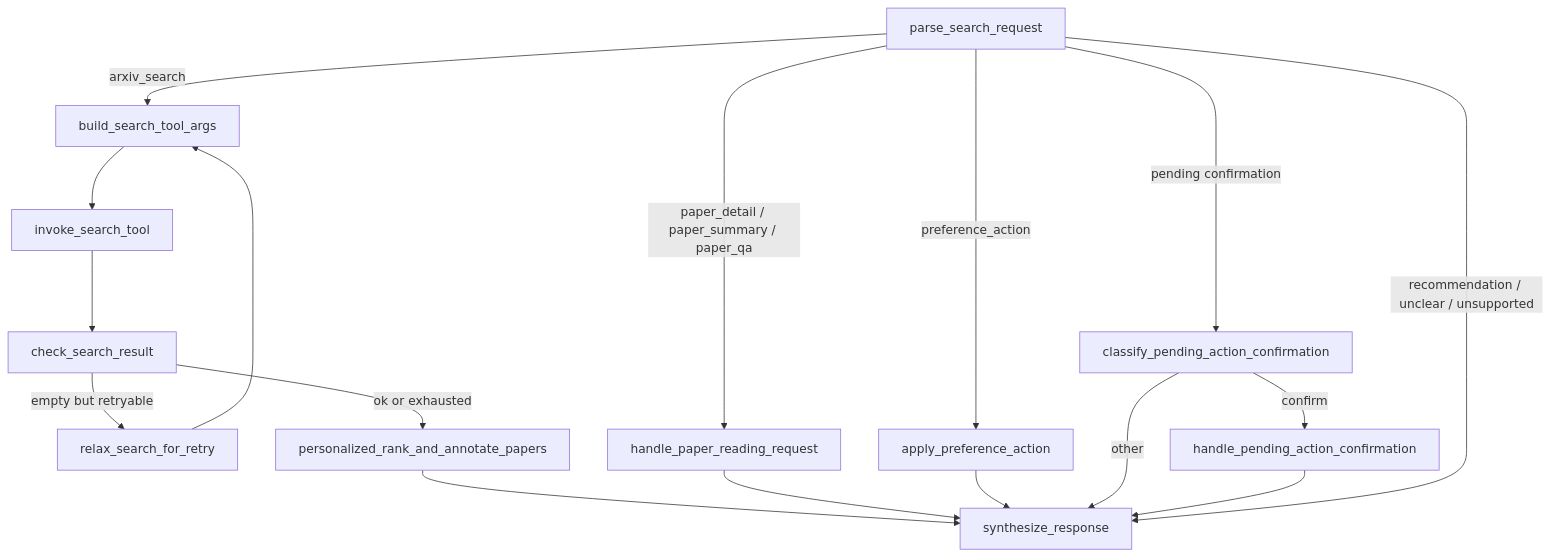
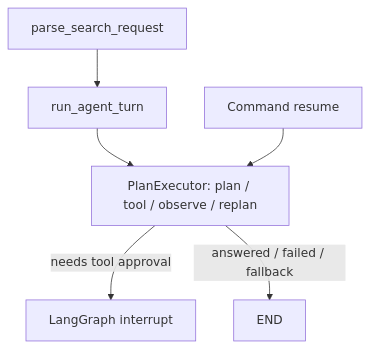
The third of 4 diagrams in docs/architecture.md (PolarisSun729/arxiv-research-agent), drawn with Mermaid before and after one commit. The commit also changed other lines of this file and 70 other files, not shown here.

````diff
--- a/docs/architecture.md
+++ b/docs/architecture.md
@@ -423,35 +414,15 @@
  ```mermaid
  flowchart TD
      A[parse_search_request]
-     B[build_search_tool_args]
-     C[invoke_search_tool]
-     D[check_search_result]
-     E[relax_search_for_retry]
-     F[personalized_rank_and_annotate_papers]
-     G[apply_preference_action]
-     H[classify_pending_action_confirmation]
-     I[handle_pending_action_confirmation]
-     J[handle_paper_reading_request]
-     K[synthesize_response]
+     B[run_agent_turn]
+     C[PlanExecutor: plan / tool / observe / replan]
+     D[LangGraph interrupt]
+     E[Command resume]
+     F[END]
 
-     A -->|arxiv_search| B
+     A --> B
      B --> C
-     C --> D
-     D -->|empty but retryable| E
-     E --> B
-     D -->|ok or exhausted| F
-     F --> K
-
-     A -->|paper_detail / paper_summary / paper_qa| J
-     J --> K
-
-     A -->|preference_action| G
-     G --> K
-
-     A -->|pending confirmation| H
-     H -->|confirm| I
-     H -->|other| K
-     I --> K
-
-     A -->|recommendation / unclear / unsupported| K
+     C -->|needs tool approval| D
+     E --> C
+     C -->|answered / failed / fallback| F
  ```
````
